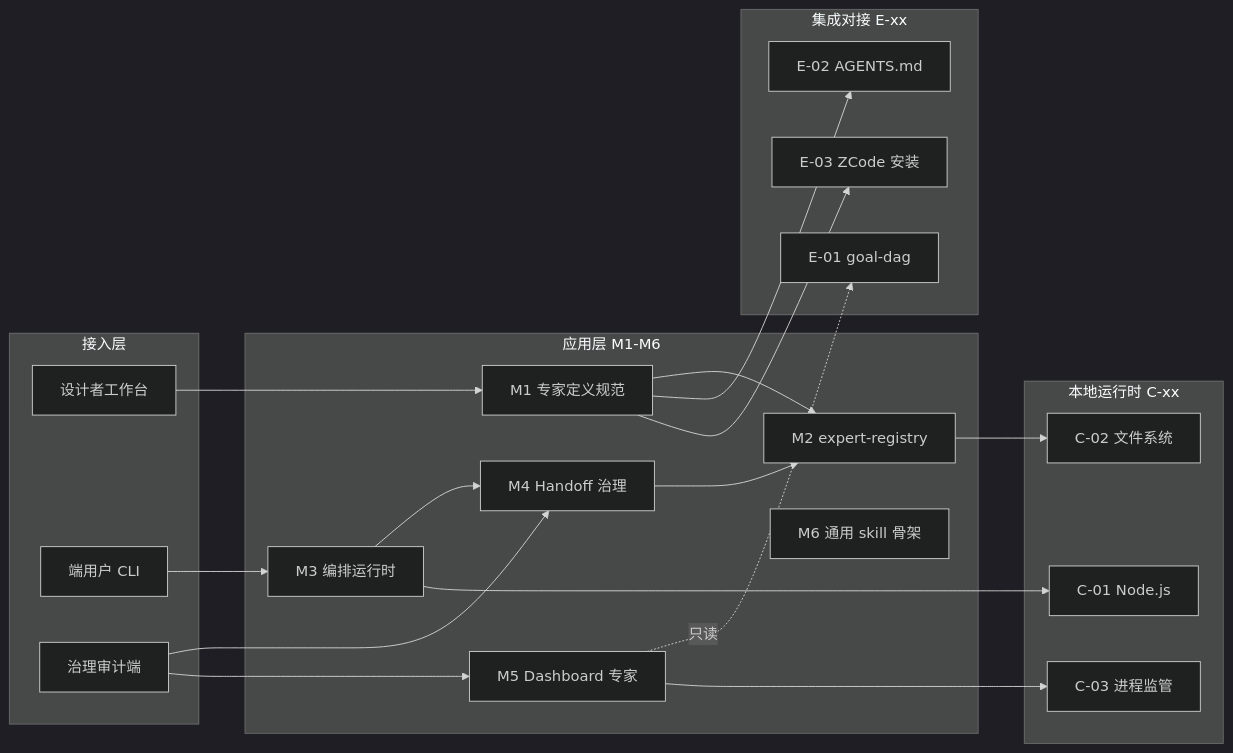
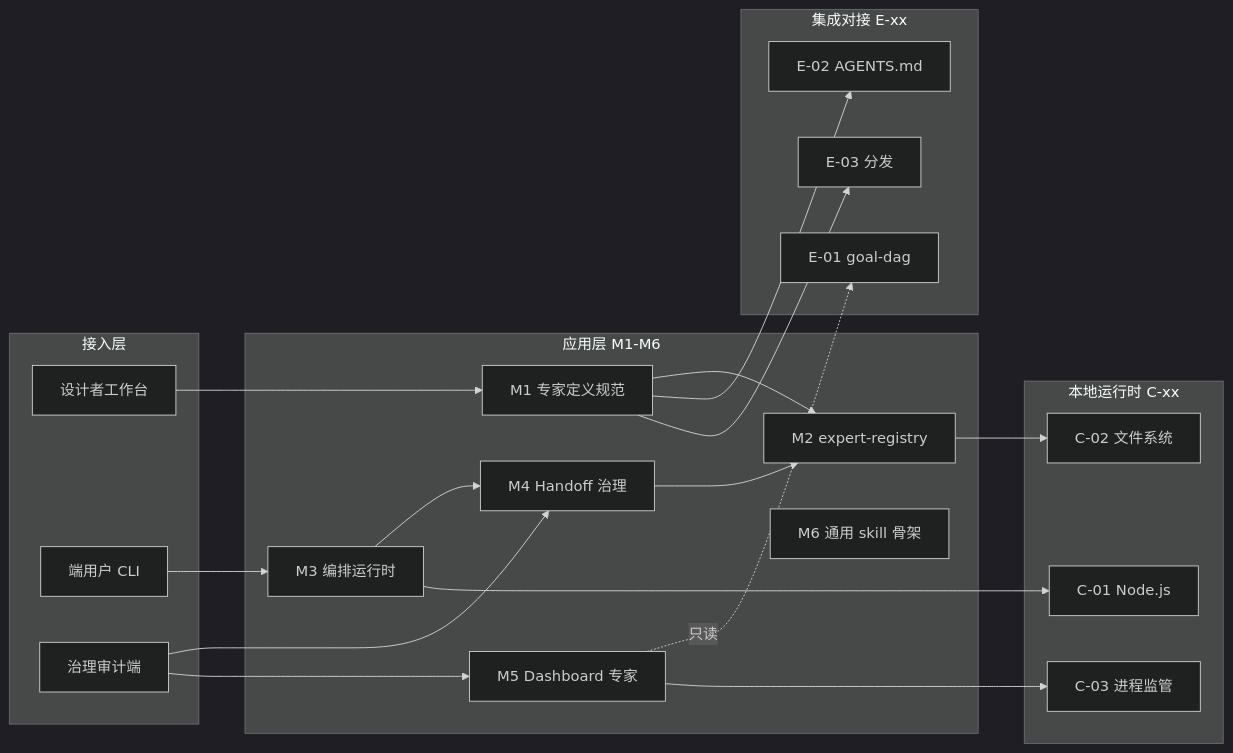
Before and after one commit to Ghost233/ghost-agent-market: the fourth of 11 diagrams in delivery/系统设计.md, drawn with Mermaid (dark theme). The commit also changed other lines of this file and 8 other files, not shown here.

````diff
--- a/delivery/系统设计.md
+++ b/delivery/系统设计.md
@@ -373,38 +373,38 @@
 ```mermaid
 flowchart LR
     subgraph T[接入层]
         T1[设计者工作台]
         T2[端用户 CLI]
         T3[治理审计端]
     end
     subgraph B[应用层 M1-M6]
         M1[M1 专家定义规范]
         M2[M2 expert-registry]
         M3[M3 编排运行时]
         M4[M4 Handoff 治理]
         M5[M5 Dashboard 专家]
         M6[M6 通用 skill 骨架]
     end
     subgraph D[本地运行时 C-xx]
         C1[C-01 Node.js]
         C2[C-02 文件系统]
         C3[C-03 进程监管]
     end
     subgraph E[集成对接 E-xx]
         E1[E-01 goal-dag]
         E2[E-02 AGENTS.md]
-        E3[E-03 ZCode 安装]
+        E3[E-03 分发]
     end
     T1 --> M1
     T2 --> M3
     T3 --> M4 & M5
     M1 --> M2
     M3 --> M4
     M4 --> M2
     M5 -.只读.-> E1
     M1 --> E2
     M1 --> E3
     M2 --> C2
     M3 --> C1
     M5 --> C3
 ```
````
